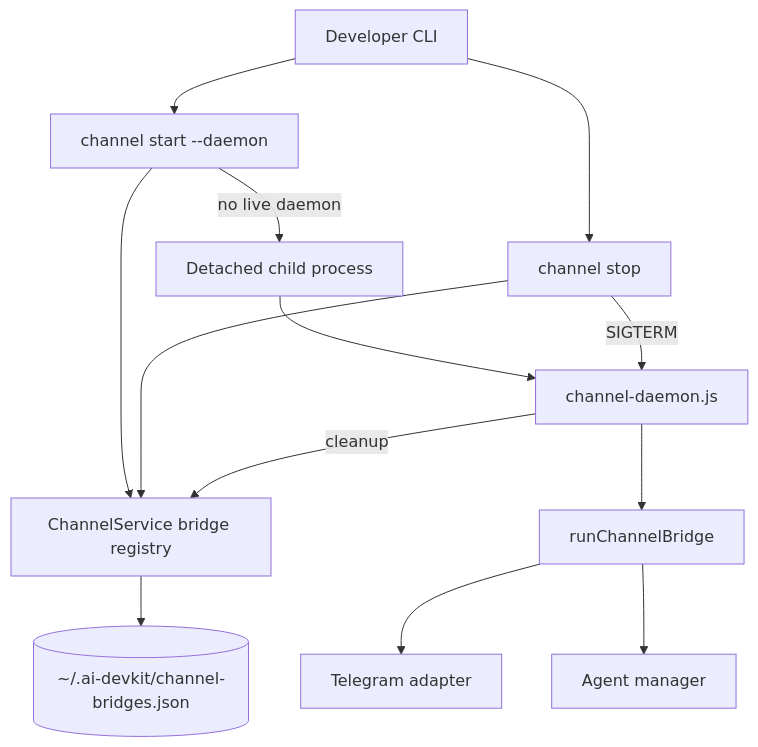
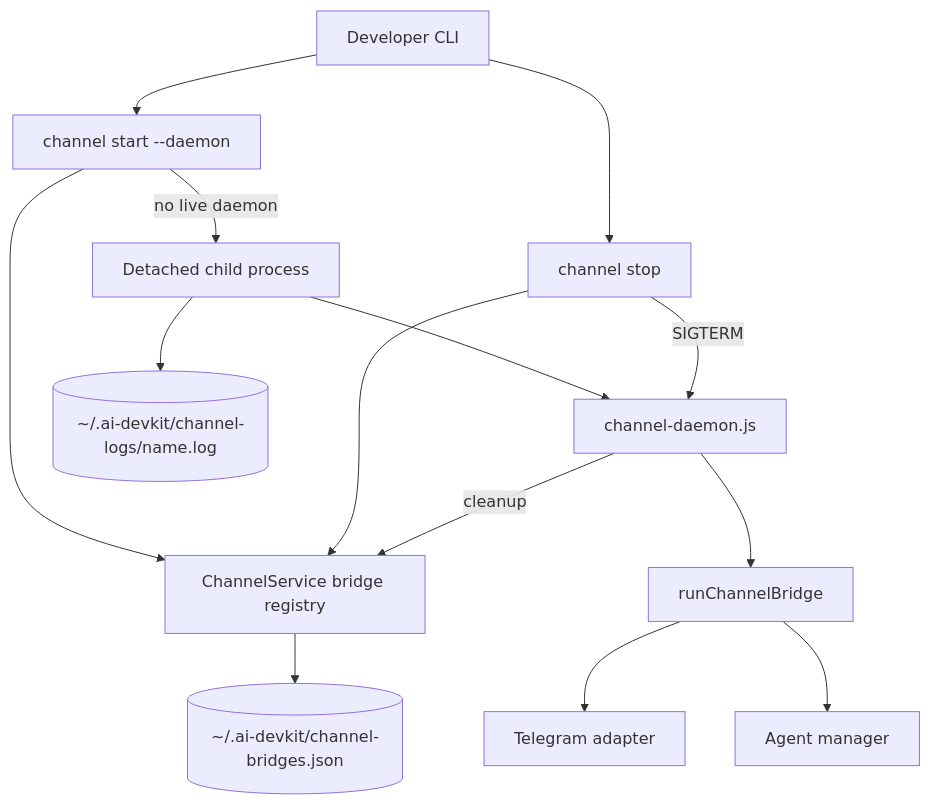
One commit to codeaholicguy/ai-devkit changed the diagram in docs/ai/design/feature-channel-daemon-mode.md. Above: the diagram before and after it, drawn with Mermaid. The commit also changed other lines of this file and 9 other files, not shown here.

````diff
--- a/docs/ai/design/feature-channel-daemon-mode.md
+++ b/docs/ai/design/feature-channel-daemon-mode.md
@@ -13,15 +13,16 @@
 ```mermaid
 graph TD
     USER[Developer CLI] --> START[channel start --daemon]
     START --> STATE[ChannelService bridge registry]
     START -->|no live daemon| SPAWN[Detached child process]
     SPAWN --> CHILD[channel-daemon.js]
+    SPAWN --> LOG[(~/.ai-devkit/channel-logs/name.log)]
     CHILD --> BRIDGE[runChannelBridge]
     BRIDGE --> TELEGRAM[Telegram adapter]
     BRIDGE --> AGENT[Agent manager]
     STATE --> FILE[(~/.ai-devkit/channel-bridges.json)]
     USER --> STOP[channel stop]
     STOP --> STATE
     STOP -->|SIGTERM| CHILD
     CHILD -->|cleanup| STATE
 ```
````
